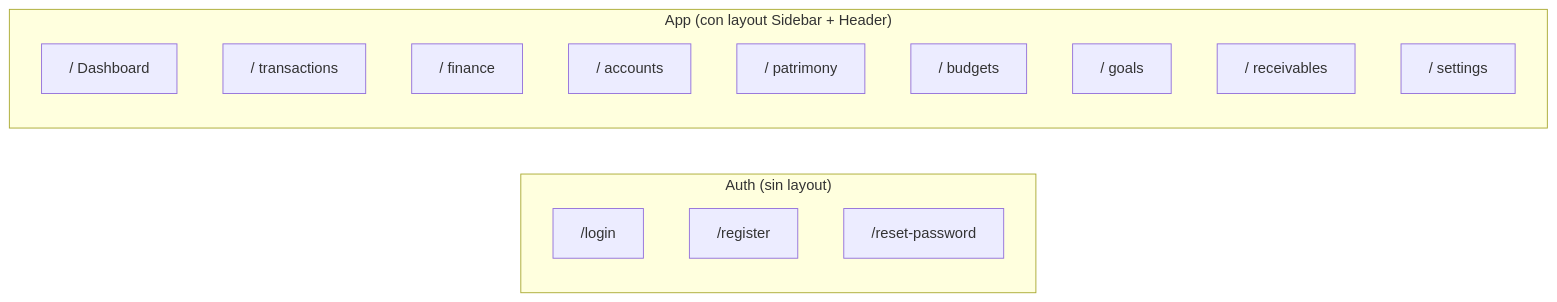
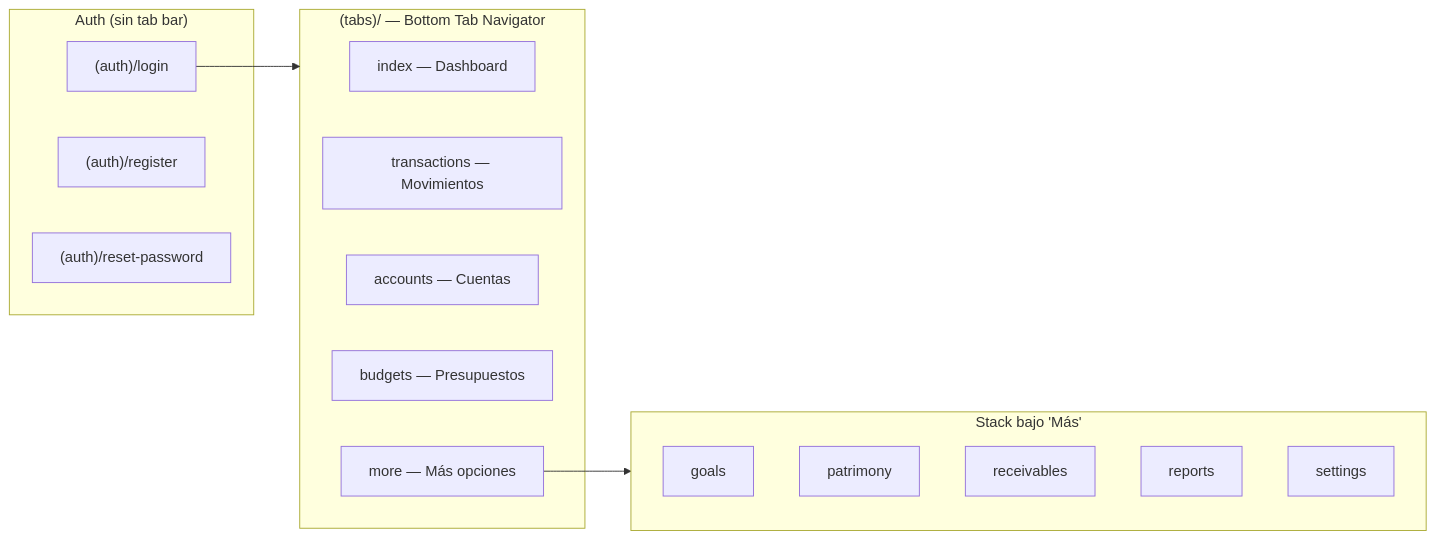
Before and after one commit to root-jeff/Sotang-Documentation: the second of 4 diagrams in arquitectura/componentes.md, drawn with Mermaid. The commit also changed other lines of this file and 17 other files, not shown here.

````diff
--- a/arquitectura/componentes.md
+++ b/arquitectura/componentes.md
@@ -79,20 +82,27 @@
 ```mermaid
 graph LR
-    subgraph AUTH_PAGES["Auth (sin layout)"]
-        LOGIN["/login"]
-        REGISTER["/register"]
-        RESET["/reset-password"]
+    subgraph AUTH_SCREENS["Auth (sin tab bar)"]
+        LOGIN["(auth)/login"]
+        REGISTER["(auth)/register"]
+        RESET["(auth)/reset-password"]
     end
 
-    subgraph APP["App (con layout Sidebar + Header)"]
-        DASH["/ Dashboard"]
-        TXN["/ transactions"]
-        FIN["/ finance"]
-        ACC["/ accounts"]
-        PAT["/ patrimony"]
-        BUD["/ budgets"]
-        GOA["/ goals"]
-        REC["/ receivables"]
-        SET["/ settings"]
+    subgraph TABS["(tabs)/ — Bottom Tab Navigator"]
+        DASH["index — Dashboard"]
+        TXN["transactions — Movimientos"]
+        ACC["accounts — Cuentas"]
+        BUDGETS_S["budgets — Presupuestos"]
+        MORE["more — Más opciones"]
     end
+
+    subgraph MORE_STACK["Stack bajo 'Más'"]
+        GOALS_S["goals"]
+        PATRIMONY_S["patrimony"]
+        RECEIVABLES_S["receivables"]
+        REPORTS_S["reports"]
+        SETTINGS_S["settings"]
+    end
+
+    LOGIN --> TABS
+    MORE --> MORE_STACK
 ```
````
